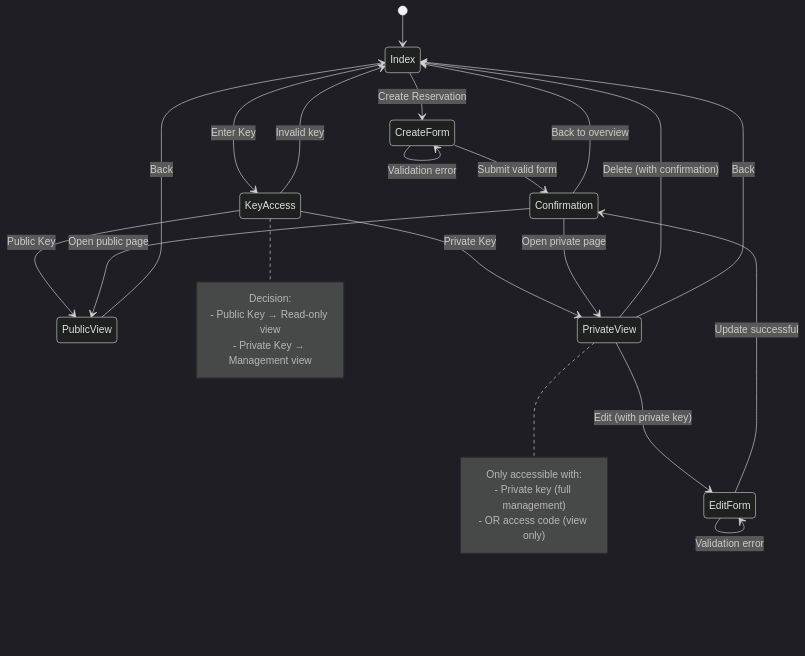
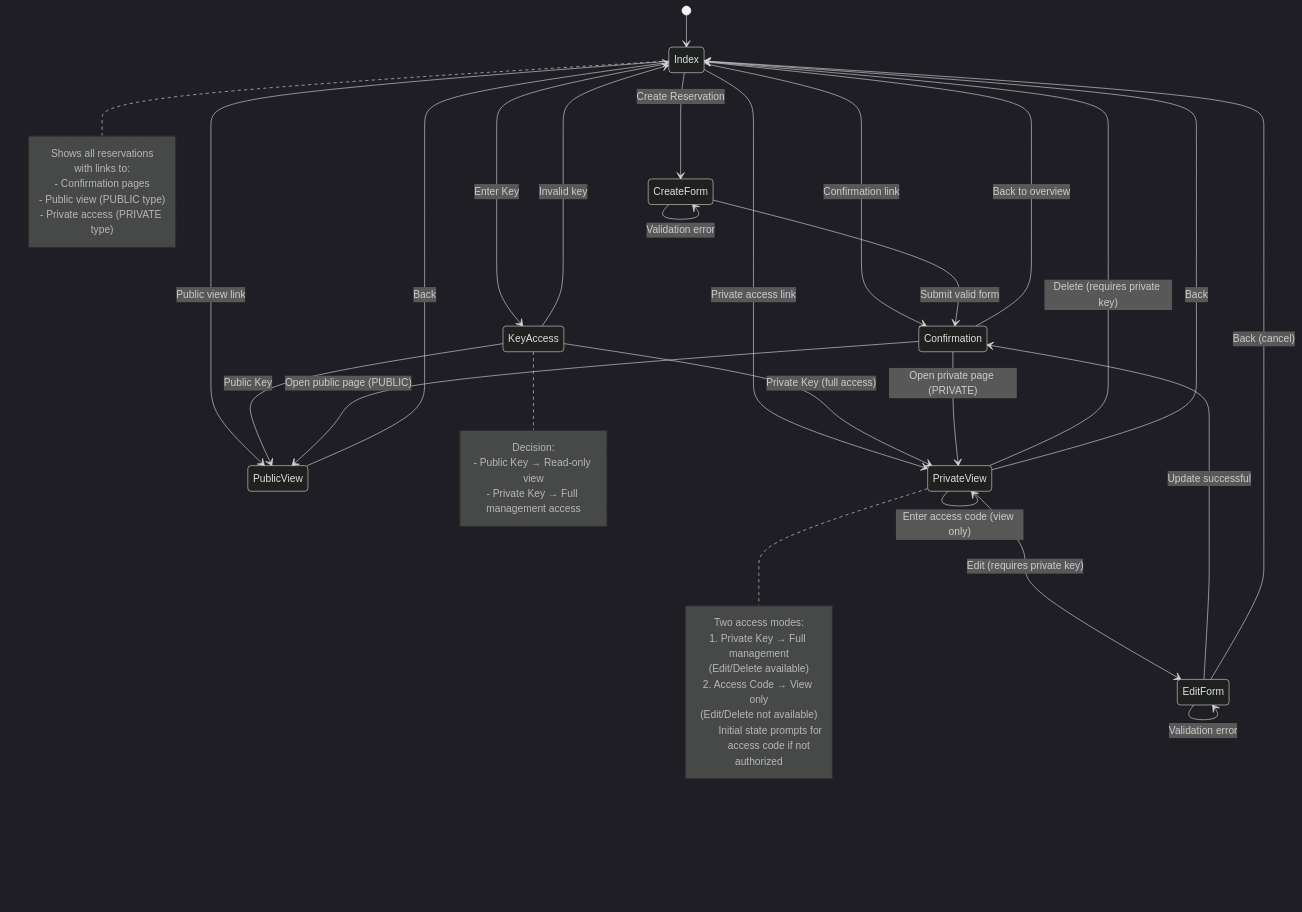
One commit to RiciYT/M223-Terminkalender changed the diagram in Doku/diagrams/state-diagram.md. Above: the diagram before and after it, drawn with Mermaid (dark theme). The commit also changed other lines of this file and 1 other file, not shown here.

Commit message:
Improve state diagram with complete navigation flows

````diff
--- a/Doku/diagrams/state-diagram.md
+++ b/Doku/diagrams/state-diagram.md
@@ -3,38 +3,57 @@
 ```mermaid
 stateDiagram-v2
     [*] --> Index
+    
     Index --> CreateForm : Create Reservation
     Index --> KeyAccess : Enter Key
+    Index --> Confirmation : Confirmation link
+    Index --> PublicView : Public view link
+    Index --> PrivateView : Private access link
     
     CreateForm --> Confirmation : Submit valid form
     CreateForm --> CreateForm : Validation error
     
     KeyAccess --> PublicView : Public Key
-    KeyAccess --> PrivateView : Private Key
+    KeyAccess --> PrivateView : Private Key (full access)
     KeyAccess --> Index : Invalid key
     
     Confirmation --> Index : Back to overview
-    Confirmation --> PublicView : Open public page
-    Confirmation --> PrivateView : Open private page
+    Confirmation --> PublicView : Open public page (PUBLIC)
+    Confirmation --> PrivateView : Open private page (PRIVATE)
     
-    PrivateView --> EditForm : Edit (with private key)
-    PrivateView --> Index : Delete (with confirmation)
+    PrivateView --> EditForm : Edit (requires private key)
+    PrivateView --> Index : Delete (requires private key)
     PrivateView --> Index : Back
+    PrivateView --> PrivateView : Enter access code (view only)
     
     PublicView --> Index : Back
     
     EditForm --> Confirmation : Update successful
     EditForm --> EditForm : Validation error
+    EditForm --> Index : Back (cancel)
     
     note right of KeyAccess
         Decision:
         - Public Key → Read-only view
-        - Private Key → Management view
+        - Private Key → Full management access
     end note
     
     note right of PrivateView
-        Only accessible with:
-        - Private key (full management)
-        - OR access code (view only)
+        Two access modes:
+        1. Private Key → Full management
+           (Edit/Delete available)
+        2. Access Code → View only
+           (Edit/Delete not available)
+        
+        Initial state prompts for
+        access code if not authorized
+    end note
+    
+    note right of Index
+        Shows all reservations
+        with links to:
+        - Confirmation pages
+        - Public view (PUBLIC type)
+        - Private access (PRIVATE type)
     end note
 ```
````
